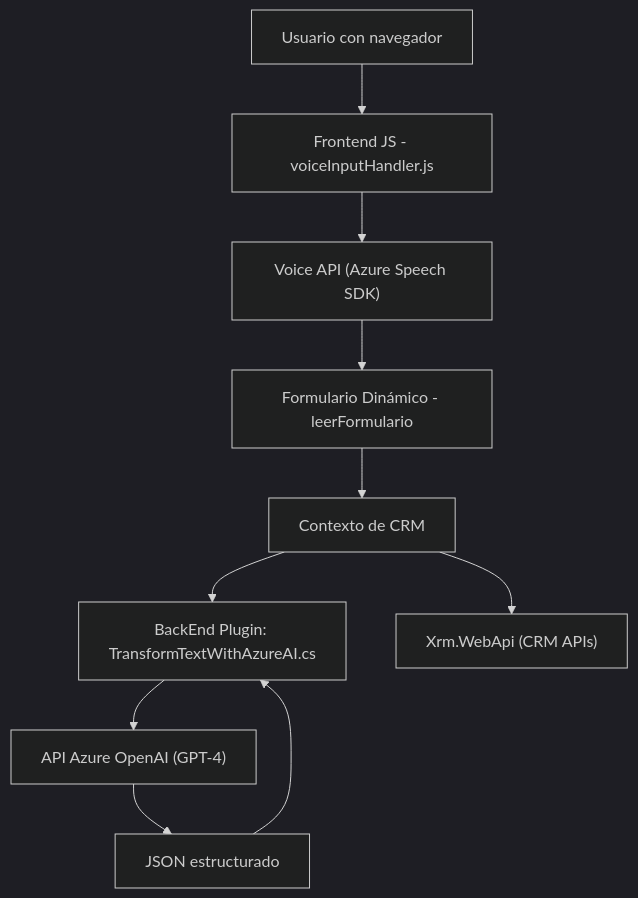
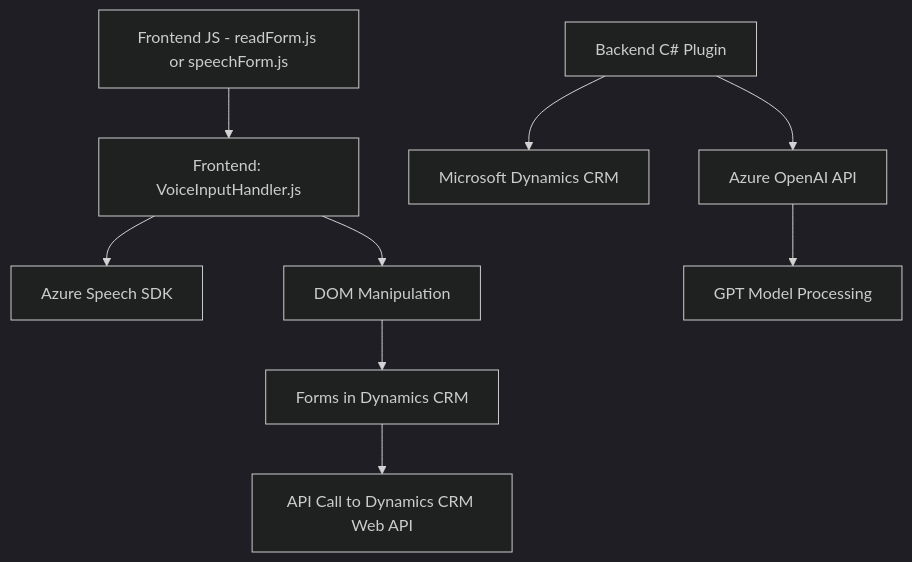
One commit to blopezdm/NETCORE_BILBAO2025 changed the diagram in README.md. Above: the diagram before and after it, drawn with Mermaid (dark theme). The commit also changed other lines of this file, not shown here.

Commit message:
Actualizar análisis global de la solución con IA

````diff
--- a/README.md
+++ b/README.md
@@ -48,12 +52,11 @@
 ```mermaid
 graph TD
-    A["Usuario con navegador"] --> B["Frontend JS - voiceInputHandler.js"]
-    B --> C["Voice API (Azure Speech SDK)"]
-    C --> D["Formulario Dinámico - leerFormulario"]
-    D --> E["Contexto de CRM"]
-    E --> F["BackEnd Plugin: TransformTextWithAzureAI.cs"]
-    F --> G["API Azure OpenAI (GPT-4)"]
-    G --> H["JSON estructurado"]
-    H --> F
-    E --> I["Xrm.WebApi (CRM APIs)"]
+    A["Frontend JS - readForm.js or speechForm.js"] --> B["Frontend: VoiceInputHandler.js"]
+    B --> C["Azure Speech SDK"]
+    B --> D["DOM Manipulation"]
+    D --> E["Forms in Dynamics CRM"]
+    E --> G["API Call to Dynamics CRM Web API"]
+    F["Backend C# Plugin"] --> H["Microsoft Dynamics CRM"]
+    F --> I["Azure OpenAI API"]
+    I --> J["GPT Model Processing"]
 ```
````
